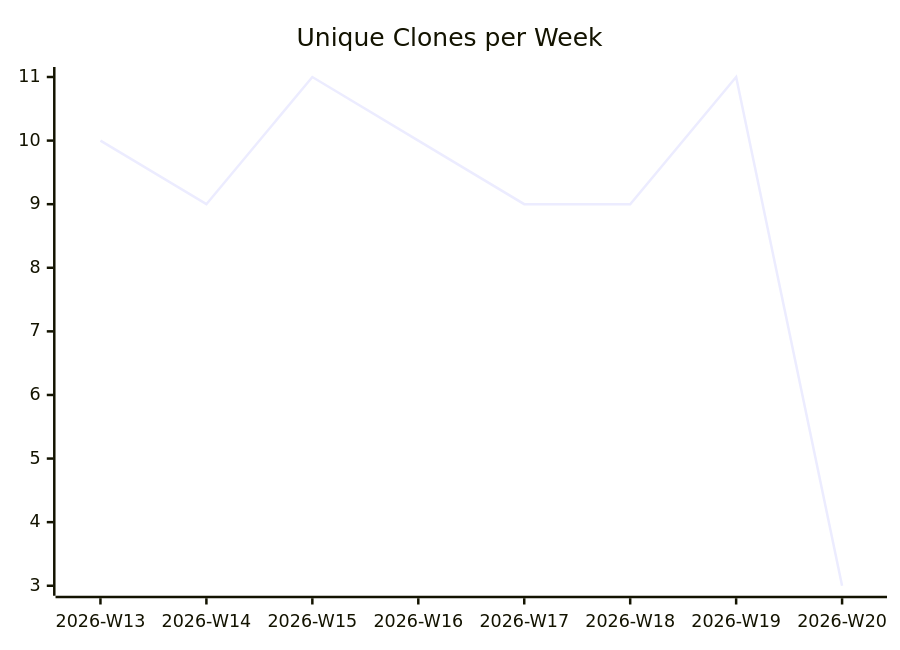
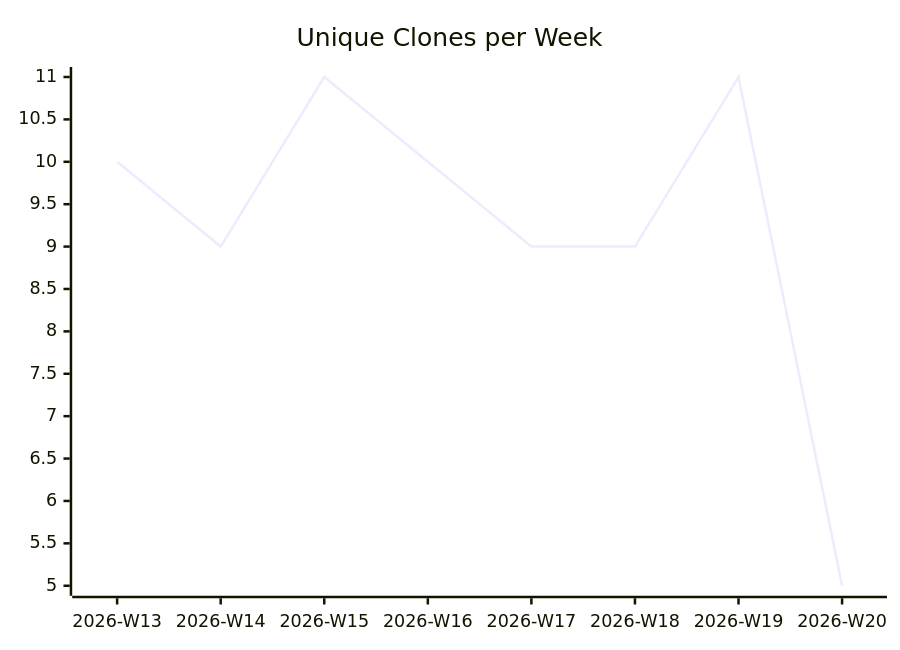
One commit to justdavis-family/github-analytics-data changed the third of 3 diagrams in karlmdavis/usgs-water-api-java/README.md. Above: the diagram before and after it, drawn with Mermaid. The commit also changed other lines of this file and 192 other files, not shown here.

````diff
--- a/karlmdavis/usgs-water-api-java/README.md
+++ b/karlmdavis/usgs-water-api-java/README.md
@@ -19,6 +19,6 @@
 ```mermaid
 xychart-beta
   title "Unique Clones per Week"
   x-axis ["2026-W13", "2026-W14", "2026-W15", "2026-W16", "2026-W17", "2026-W18", "2026-W19", "2026-W20"]
-  line [10, 9, 11, 10, 9, 9, 11, 3]
+  line [10, 9, 11, 10, 9, 9, 11, 5]
 ```
````
